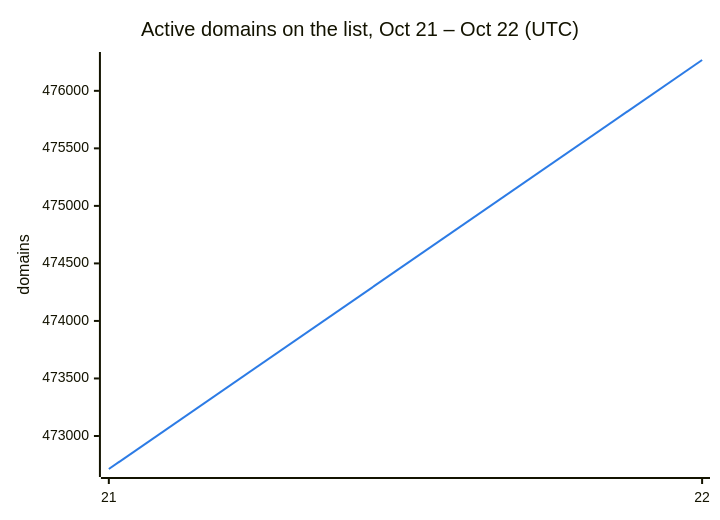
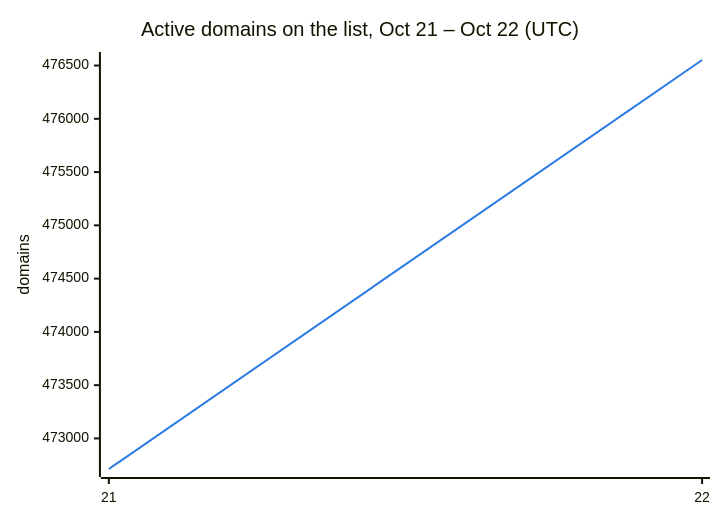
The second of 3 diagrams in README.md (DNSBunker/CTI), drawn with Mermaid before and after one commit. The commit also changed other lines of this file and 3 other files, not shown here.

````diff
--- a/README.md
+++ b/README.md
@@ -38,8 +38,8 @@
 ```mermaid
 %%{init: {"themeVariables": {"xyChart": {"plotColorPalette": "#2c7be5"}}}}%%
 xychart-beta
     title "Active domains on the list, Oct 21 – Oct 22 (UTC)"
     x-axis ["21", "22"]
     y-axis "domains"
-    line [472713, 476268]
+    line [472713, 476552]
 ```
````
